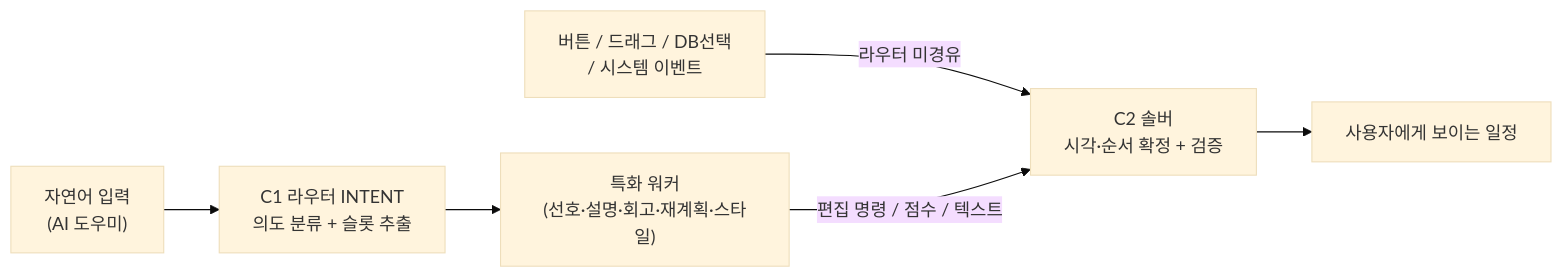
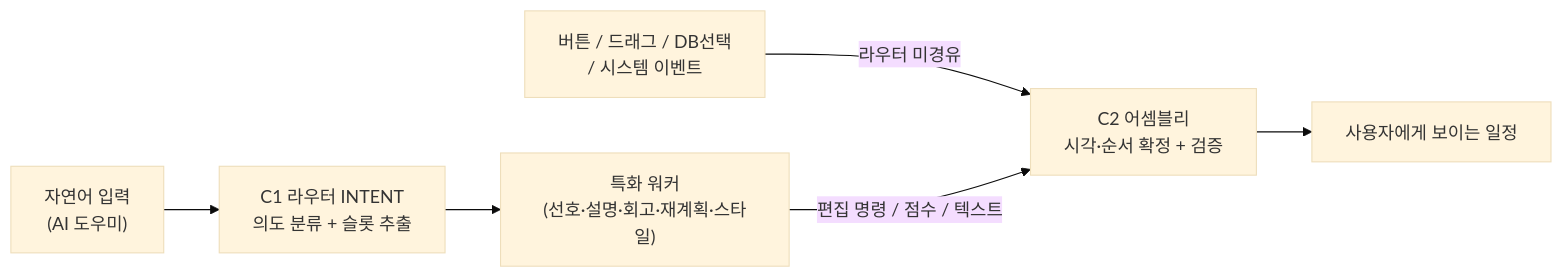
Before and after one commit to ASM-TripPilot/trippilot: the third of 3 diagrams in ai/aidlc-docs/inception/design-artifacts/ai-architecture.md, drawn with Mermaid (base theme). The commit also changed other lines of this file and 148 other files, not shown here.

````diff
--- a/ai/aidlc-docs/inception/design-artifacts/ai-architecture.md
+++ b/ai/aidlc-docs/inception/design-artifacts/ai-architecture.md
@@ -141,8 +141,8 @@
 ```mermaid
 flowchart LR
     NL["자연어 입력\n(AI 도우미)"] --> R["C1 라우터 INTENT\n의도 분류 + 슬롯 추출"]
     R --> W["특화 워커\n(선호·설명·회고·재계획·스타일)"]
     BTN["버튼 / 드래그 / DB선택\n/ 시스템 이벤트"] -->|"라우터 미경유"| C2
-    W -->|"편집 명령 / 점수 / 텍스트"| C2["C2 솔버\n시각·순서 확정 + 검증"]
+    W -->|"편집 명령 / 점수 / 텍스트"| C2["C2 어셈블리\n시각·순서 확정 + 검증"]
     C2 --> OUT["사용자에게 보이는 일정"]
 ```
````
